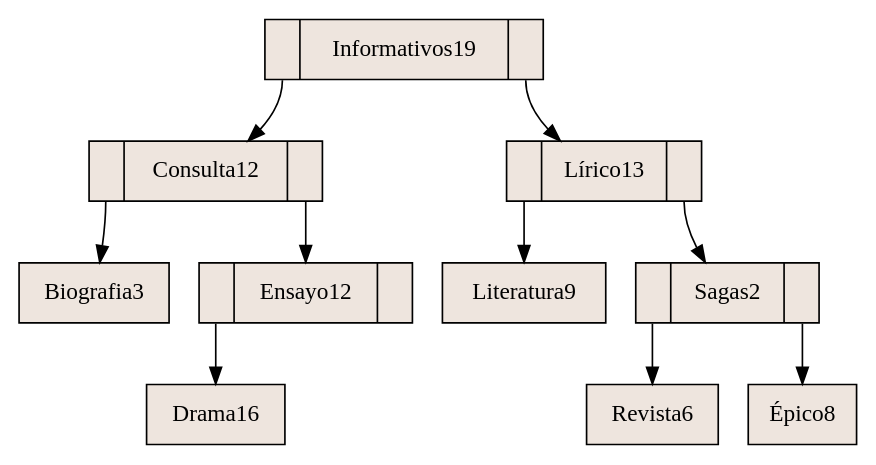
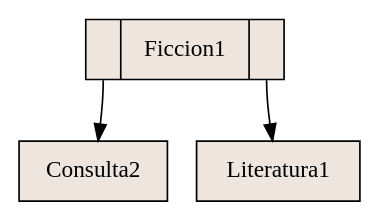
One commit to RoberttHernan/EDD_1S2020_PY2_201700870 changed the diagram in Proyecto2_EDD/graficas/Avl_grafico.dot. Above: the diagram before and after it, drawn with Graphviz. The commit also changed 17 other files, not shown here.

```diff
--- a/Proyecto2_EDD/graficas/Avl_grafico.dot
+++ b/Proyecto2_EDD/graficas/Avl_grafico.dot
@@ -1,23 +1,9 @@
 digraph grafica{
 rankdir=TB;
 node [shape = record, style=filled, fillcolor=seashell2];
-nodo2 [ label ="<C0>|Informativos19|<C1>"];
-nodo1 [ label ="<C0>|Consulta12|<C1>"];
-nodo3 [ label ="Biografia3"];
-nodo1:C0->nodo3
-nodo5 [ label ="<C0>|Ensayo12|<C1>"];
-nodo8 [ label ="Drama16"];
-nodo5:C0->nodo8
-nodo1:C1->nodo5
+nodo2 [ label ="<C0>|Ficcion1|<C1>"];
+nodo1 [ label ="Consulta2"];
 nodo2:C0->nodo1
-nodo6 [ label ="<C0>|Lírico13|<C1>"];
-nodo4 [ label ="Literatura9"];
-nodo6:C0->nodo4
-nodo10 [ label ="<C0>|Sagas2|<C1>"];
-nodo9 [ label ="Revista6"];
-nodo10:C0->nodo9
-nodo7 [ label ="Épico8"];
-nodo10:C1->nodo7
-nodo6:C1->nodo10
-nodo2:C1->nodo6
+nodo3 [ label ="Literatura1"];
+nodo2:C1->nodo3
 }
```
